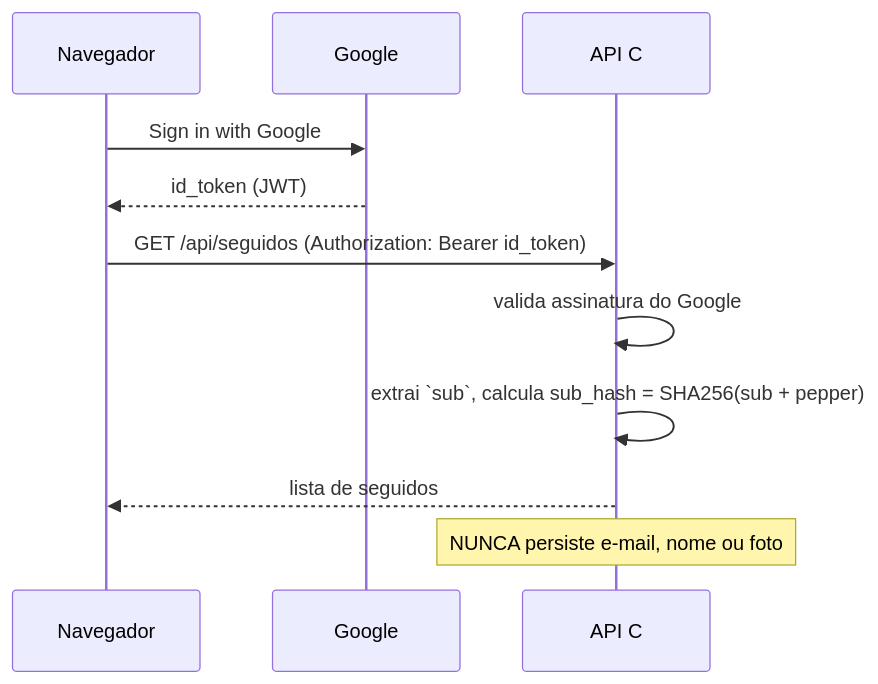
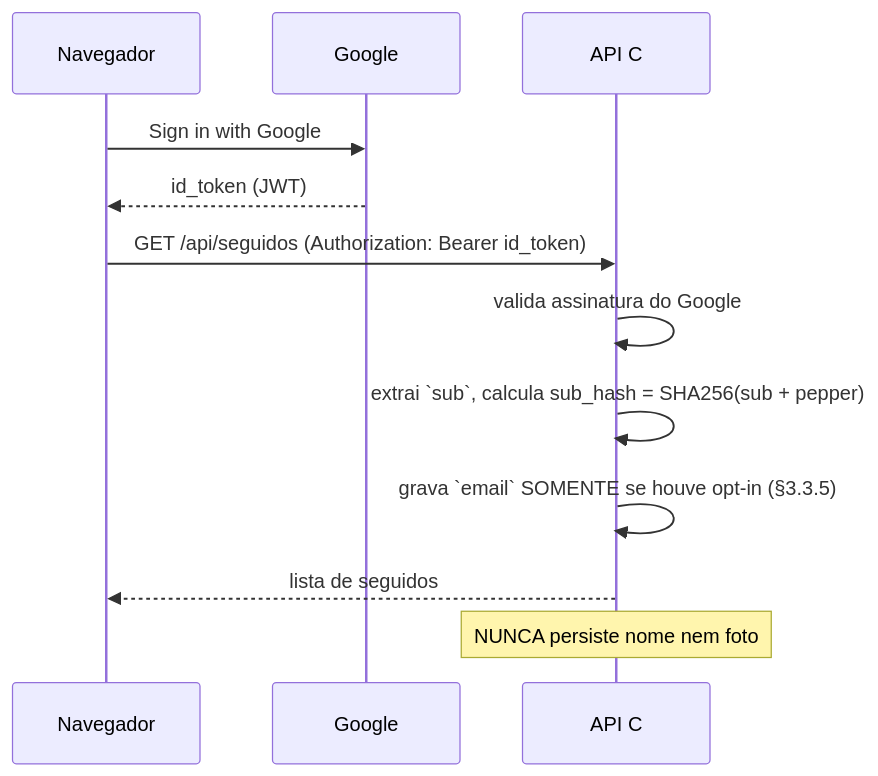
One commit to IgorLucasAssuncao/poligraph changed the second of 2 diagrams in docs/plano/02-autenticacao-e-metricas.md. Above: the diagram before and after it, drawn with Mermaid. The commit also changed other lines of this file and 2 other files, not shown here.

````diff
--- a/docs/plano/02-autenticacao-e-metricas.md
+++ b/docs/plano/02-autenticacao-e-metricas.md
@@ -119,14 +153,15 @@
 ```mermaid
 sequenceDiagram
     participant U as Navegador
     participant G as Google
     participant A as API C#
 
     U->>G: Sign in with Google
     G-->>U: id_token (JWT)
     U->>A: GET /api/seguidos  (Authorization: Bearer id_token)
     A->>A: valida assinatura do Google
     A->>A: extrai `sub`, calcula sub_hash = SHA256(sub + pepper)
+    A->>A: grava `email` SOMENTE se houve opt-in (§3.3.5)
     A-->>U: lista de seguidos
-    Note over A: NUNCA persiste e-mail, nome ou foto
+    Note over A: NUNCA persiste nome nem foto
 ```
````
